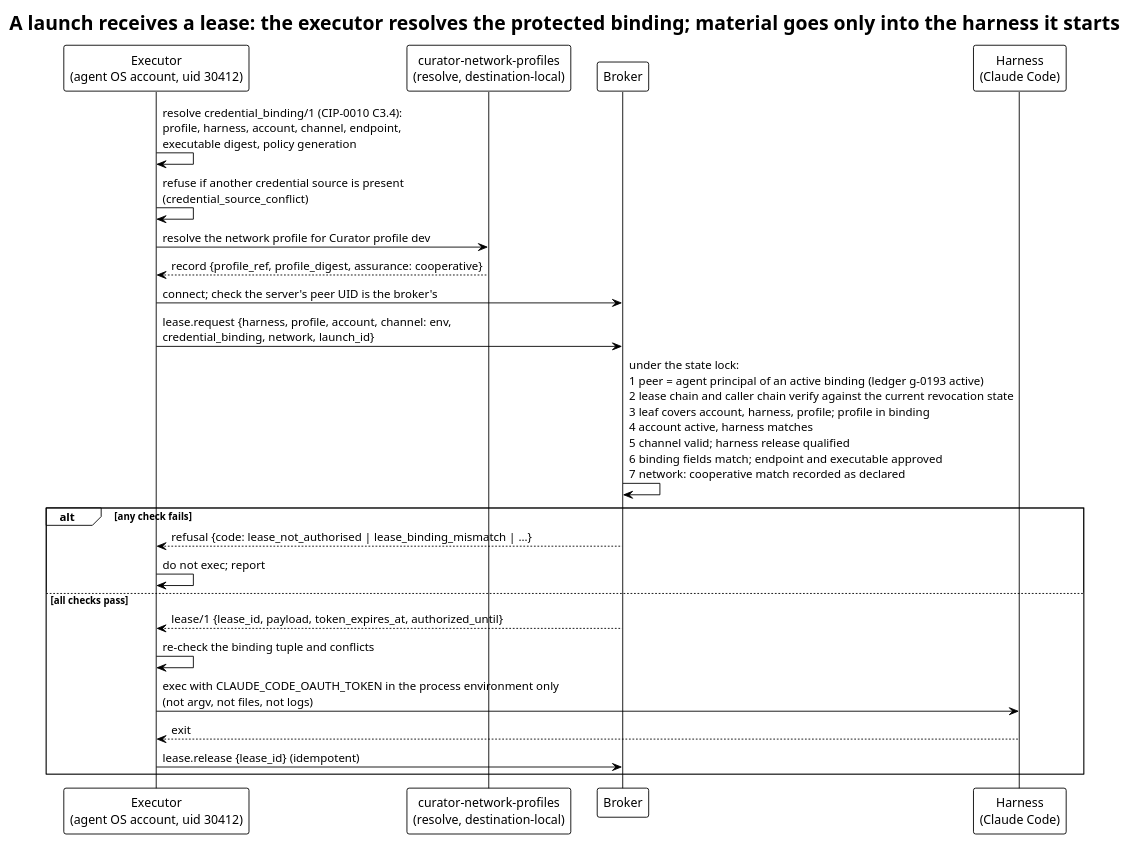
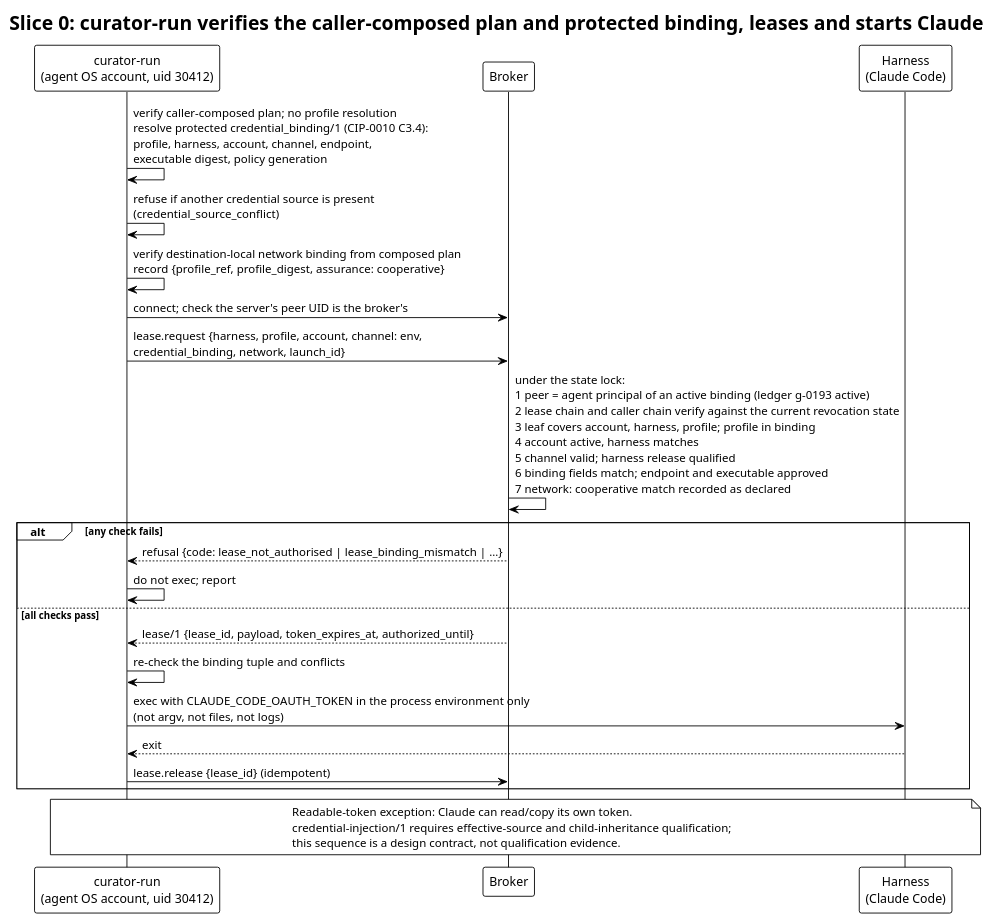
The diagram in diagrams/lease-at-launch.puml (relux-works/curator-credential-broker), drawn with PlantUML before and after one commit. The commit also changed 6 other files, not shown here.

```diff
--- a/diagrams/lease-at-launch.puml
+++ b/diagrams/lease-at-launch.puml
@@ -1,27 +1,26 @@
 @startuml lease-at-launch
 !theme plain
-title A launch receives a lease: the executor resolves the protected binding; material goes only into the harness it starts
+title Slice 0: curator-run verifies the caller-composed plan and protected binding, leases and starts Claude
 
-participant "Executor\n(agent OS account, uid 30412)" as E
-participant "curator-network-profiles\n(resolve, destination-local)" as N
+participant "curator-run\n(agent OS account, uid 30412)" as E
 participant "Broker" as B
 participant "Harness\n(Claude Code)" as H
 
-E -> E: resolve credential_binding/1 (CIP-0010 C3.4):\nprofile, harness, account, channel, endpoint,\nexecutable digest, policy generation
+E -> E: verify caller-composed plan; no profile resolution\nresolve protected credential_binding/1 (CIP-0010 C3.4):\nprofile, harness, account, channel, endpoint,\nexecutable digest, policy generation
 E -> E: refuse if another credential source is present\n(credential_source_conflict)
-E -> N: resolve the network profile for Curator profile dev
-N --> E: record {profile_ref, profile_digest, assurance: cooperative}
+E -> E: verify destination-local network binding from composed plan\nrecord {profile_ref, profile_digest, assurance: cooperative}
 E -> B: connect; check the server's peer UID is the broker's
 E -> B: lease.request {harness, profile, account, channel: env,\ncredential_binding, network, launch_id}
 B -> B: under the state lock:\n1 peer = agent principal of an active binding (ledger g-0193 active)\n2 lease chain and caller chain verify against the current revocation state\n3 leaf covers account, harness, profile; profile in binding\n4 account active, harness matches\n5 channel valid; harness release qualified\n6 binding fields match; endpoint and executable approved\n7 network: cooperative match recorded as declared
 alt any check fails
   B --> E: refusal {code: lease_not_authorised | lease_binding_mismatch | …}
   E -> E: do not exec; report
 else all checks pass
   B --> E: lease/1 {lease_id, payload, token_expires_at, authorized_until}
   E -> E: re-check the binding tuple and conflicts
   E -> H: exec with CLAUDE_CODE_OAUTH_TOKEN in the process environment only\n(not argv, not files, not logs)
   H --> E: exit
   E -> B: lease.release {lease_id} (idempotent)
 end
+note over E,H: Readable-token exception: Claude can read/copy its own token.\ncredential-injection/1 requires effective-source and child-inheritance qualification;\nthis sequence is a design contract, not qualification evidence.
 @enduml
```
